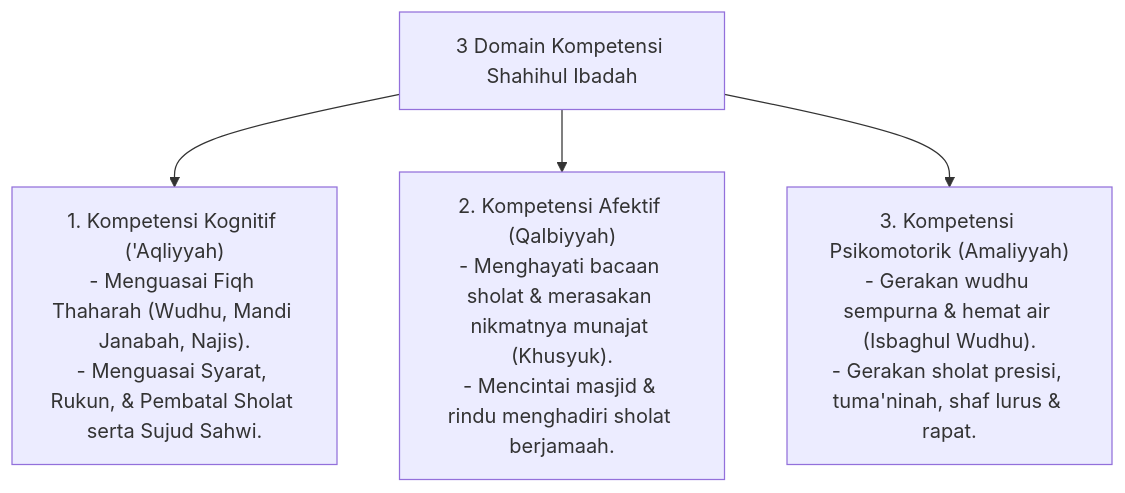
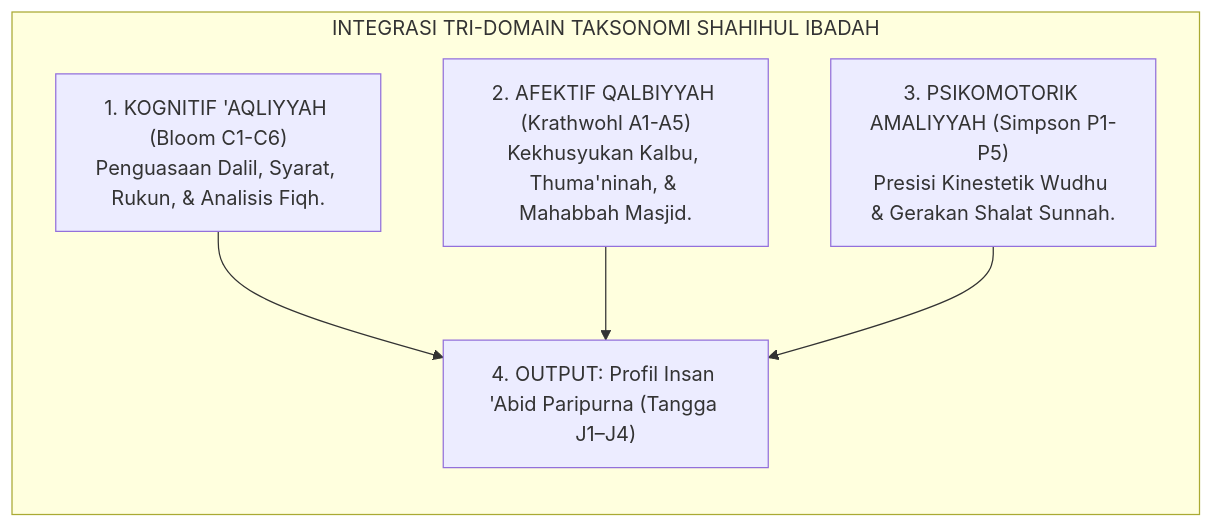
The fourth of 7 diagrams in 03 Capacity Framework/05 Shahihul Ibadah/P3-05-05-Standar-Kompetensi-dan-Taksonomi.md (wandiapriliyandi/tumbuh), drawn with Mermaid before and after one commit. The commit also changed other lines of this file and 15 other files, not shown here.

Commit message:
docs(domain-05): complete comprehensive research monographs for 05 Shahihul Ibadah (14 sub-modules + master doc + README)

````diff
--- a/03 Capacity Framework/05 Shahihul Ibadah/P3-05-05-Standar-Kompetensi-dan-Taksonomi.md
+++ b/03 Capacity Framework/05 Shahihul Ibadah/P3-05-05-Standar-Kompetensi-dan-Taksonomi.md
@@ -10,10 +126,16 @@
 ```mermaid
-graph TD
-    Domain["3 Domain Kompetensi Shahihul Ibadah"]
-    
-    Domain --> K1["1. Kompetensi Kognitif ('Aqliyyah)<br/>- Menguasai Fiqh Thaharah (Wudhu, Mandi Janabah, Najis).<br/>- Menguasai Syarat, Rukun, & Pembatal Sholat serta Sujud Sahwi."]
-    
-    Domain --> K2["2. Kompetensi Afektif (Qalbiyyah)<br/>- Menghayati bacaan sholat & merasakan nikmatnya munajat (Khusyuk).<br/>- Mencintai masjid & rindu menghadiri sholat berjamaah."]
-    
-    Domain --> K3["3. Kompetensi Psikomotorik (Amaliyyah)<br/>- Gerakan wudhu sempurna & hemat air (Isbaghul Wudhu).<br/>- Gerakan sholat presisi, tuma'ninah, shaf lurus & rapat."]
+flowchart LR
+    subgraph TriDomainTaksonomiIbadahTUMBUH["INTEGRASI TRI-DOMAIN TAKSONOMI SHAHIHUL IBADAH"]
+        Kognitif["1. KOGNITIF 'AQLIYYAH (Bloom C1-C6)<br/>Penguasaan Dalil, Syarat, Rukun, & Analisis Fiqh."]
+        
+        Afektif["2. AFEKTIF QALBIYYAH (Krathwohl A1-A5)<br/>Kekhusyukan Kalbu, Thuma'ninah, & Mahabbah Masjid."]
+        
+        Psikomotorik["3. PSIKOMOTORIK AMALIYYAH (Simpson P1-P5)<br/>Presisi Kinestetik Wudhu & Gerakan Shalat Sunnah."]
+        
+        InsanAbid["4. OUTPUT: Profil Insan 'Abid Paripurna (Tangga J1–J4)"]
+        
+        Kognitif --> InsanAbid
+        Afektif --> InsanAbid
+        Psikomotorik --> InsanAbid
+    end
 ```
````
